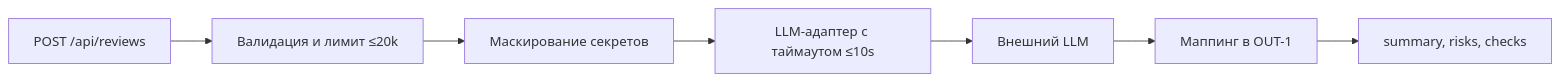
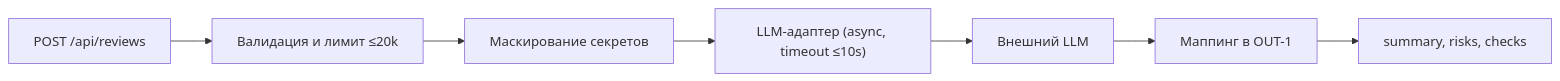
The diagram in practices/practice_01/adr.md (luhtwizzy07/ITMOv2), drawn with Mermaid before and after one commit. The commit also changed other lines of this file and 12 other files, not shown here.

````diff
--- a/practices/practice_01/adr.md
+++ b/practices/practice_01/adr.md
@@ -34,9 +56,9 @@
 ```mermaid
 flowchart LR
     Client[POST /api/reviews] --> Validate[Валидация и лимит ≤20k]
     Validate --> Sanitize[Маскирование секретов]
-    Sanitize --> Adapter[LLM-адаптер с таймаутом ≤10s]
+    Sanitize --> Adapter["LLM-адаптер (async, timeout ≤10s)"]
     Adapter --> LLM[Внешний LLM]
     LLM --> Mapper[Маппинг в OUT-1]
     Mapper --> Result[summary, risks, checks]
 ```
````
